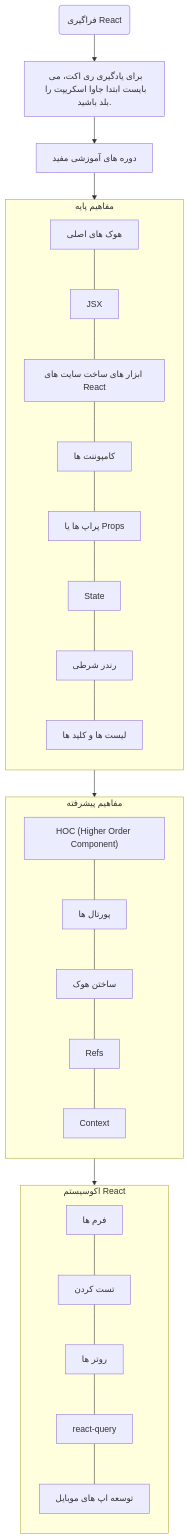
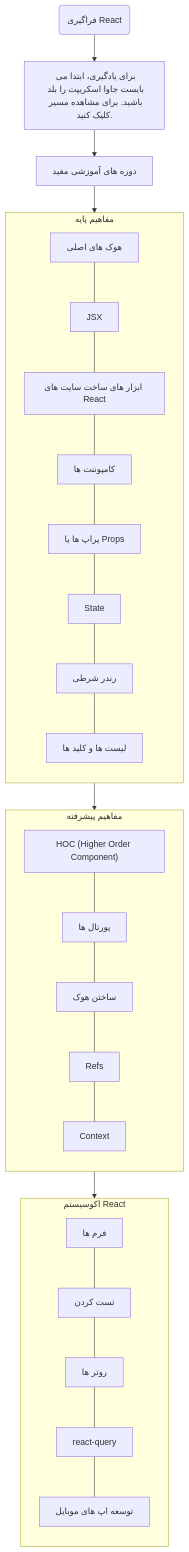
One commit to masir-me/masir changed the diagram in apps/web/data/roadmaps/web-development/react/readme.md. Above: the diagram before and after it, drawn with Mermaid. The commit also changed 13 other files, not shown here.

Commit message:
Add JavaScript roadmap

````diff
--- a/apps/web/data/roadmaps/web-development/react/readme.md
+++ b/apps/web/data/roadmaps/web-development/react/readme.md
@@ -6,19 +6,20 @@
 ```mermaid
 flowchart TB;
-start(فراگیری React)-->javascript["برای یادگیری ری اکت، می بایست ابتدا جاوا اسکریپت را بلد باشید."];
+start(فراگیری React)-->javascript["برای یادگیری، ابتدا می بایست جاوا اسکریپت را بلد باشید. برای مشاهده مسیر کلیک کنید."];
 javascript-->courses["دوره های آموزشی مفید"]-->fundamentals;
 subgraph fundamentals["مفاهیم پایه"]
 direction TB
 basic-hooks["هوک های اصلی"]---jsx["JSX"]---creation["ابزار های ساخت سایت های React"]---components["کامپوننت ها"]---props["پراپ ها یا Props"]---state["State"]---conditional-rendering["رندر شرطی"]---lists-and-keys["لیست ها و کلید ها"]
 end
 fundamentals-->advanced;
 subgraph advanced["مفاهیم پیشرفته"]
 direction TB
 hoc["HOC (Higher Order Component)"]---portals["پورتال ها"]---writing-your-hook["ساختن هوک"]---refs["Refs"]---context["Context"]
 end
 advanced-->ecosystem
 subgraph ecosystem["اکوسیستم React"]
 direction TB
 forms["فرم ها"]---testing["تست کردن"]---routers["روتر ها"]---react-query["react-query"]---mobile["توسعه اپ های موبایل"]
 end
+click javascript href "/roadmap/programming/javascript"
 ```
````
